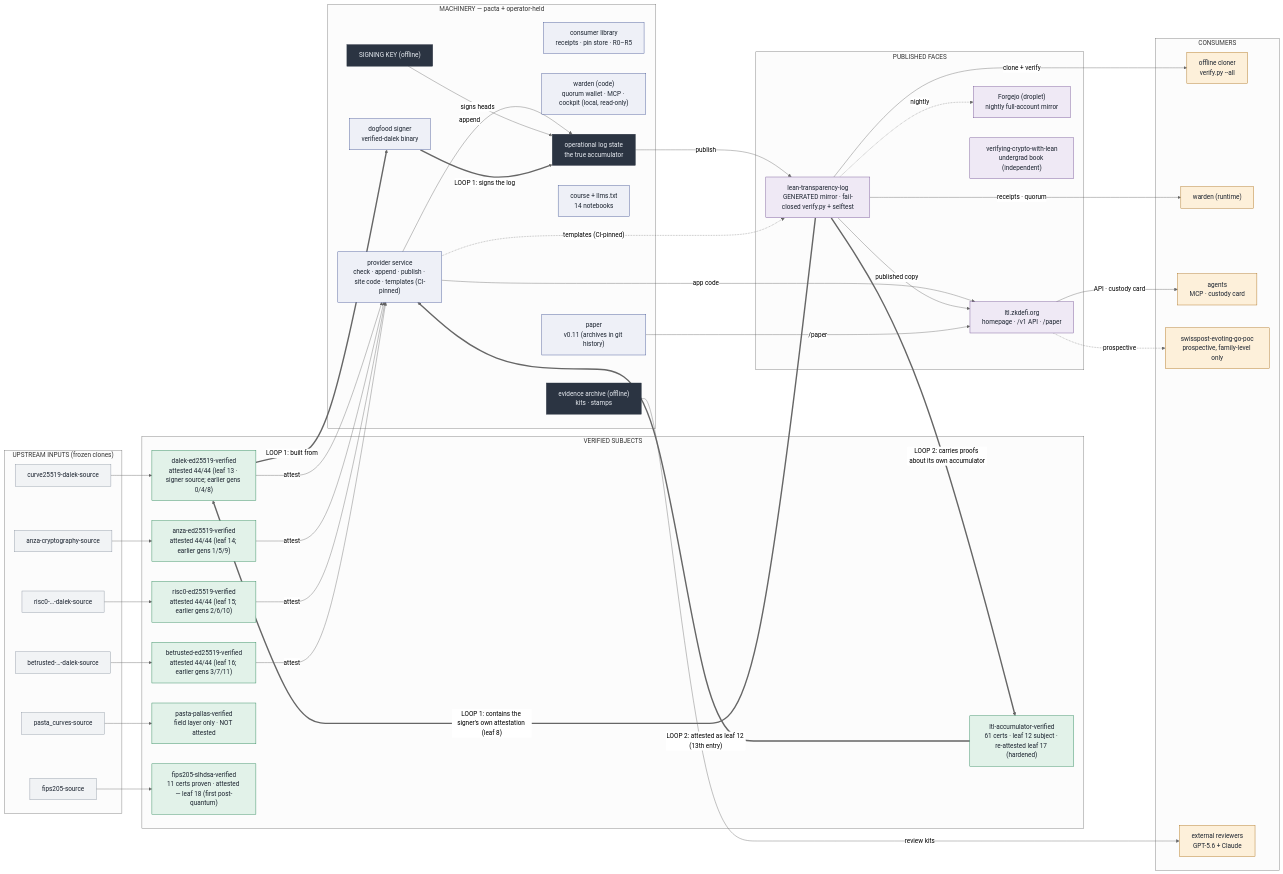
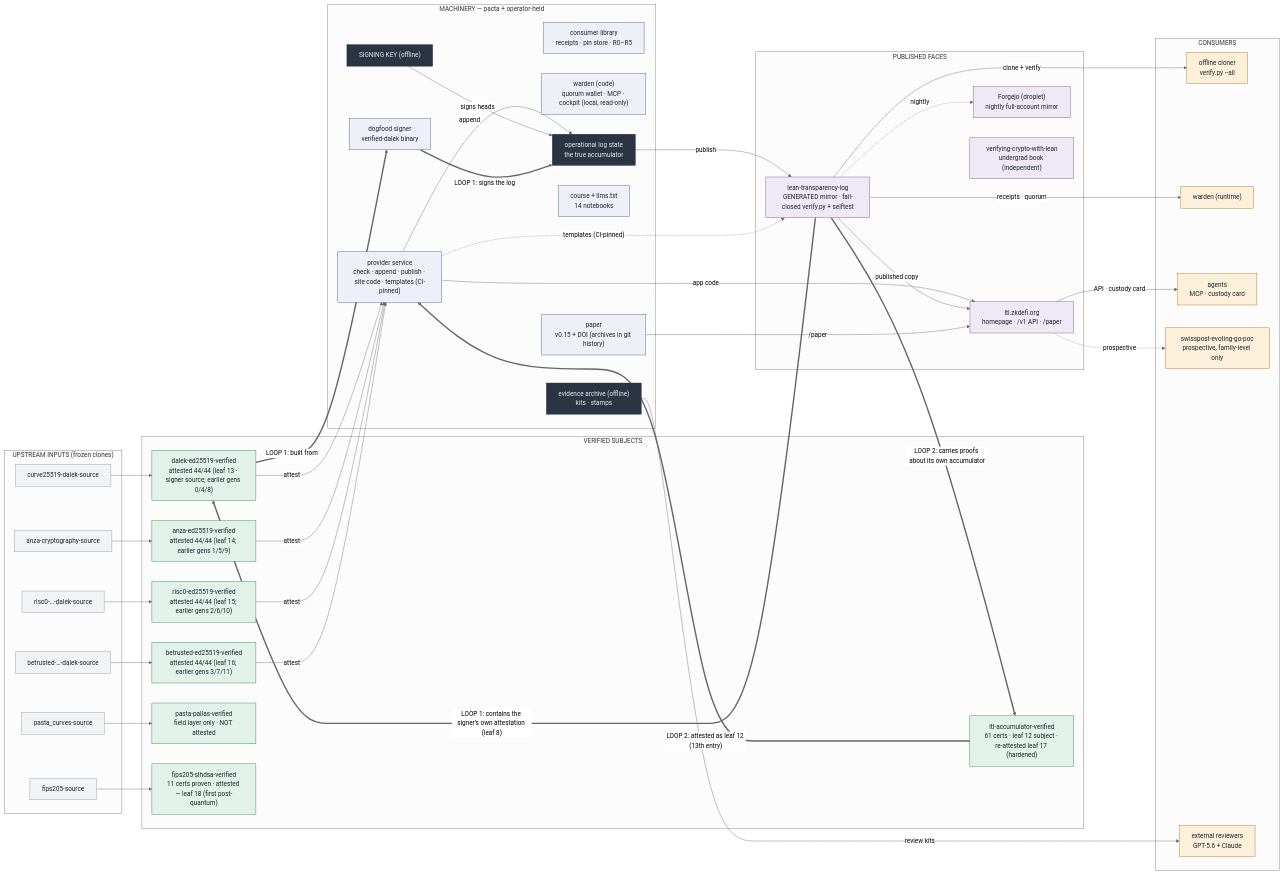
One commit to saymrwulf/proof-aware-crypto-tooling-agent changed the diagram in ESTATE.md. Above: the diagram before and after it, drawn with Mermaid (neutral theme). The commit also changed other lines of this file and 4 other files, not shown here.

```diff
--- a/ESTATE.md
+++ b/ESTATE.md
@@ -37,7 +38,7 @@
     sig["dogfood signer<br/>verified-dalek binary"]
     lib["consumer library<br/>receipts · pin store · R0–R5"]
     wal["warden (code)<br/>quorum wallet · MCP · cockpit (local, read-only)"]
-    pap["paper<br/>v0.11 (archives in git history)"]
+    pap["paper<br/>v0.15 + DOI (archives in git history)"]
     crs["course + llms.txt<br/>14 notebooks"]
     key["SIGNING KEY (offline)"]
     ops["operational log state<br/>the true accumulator"]
```
